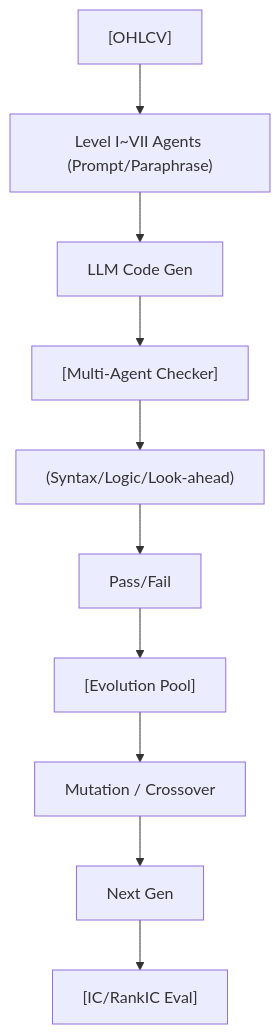
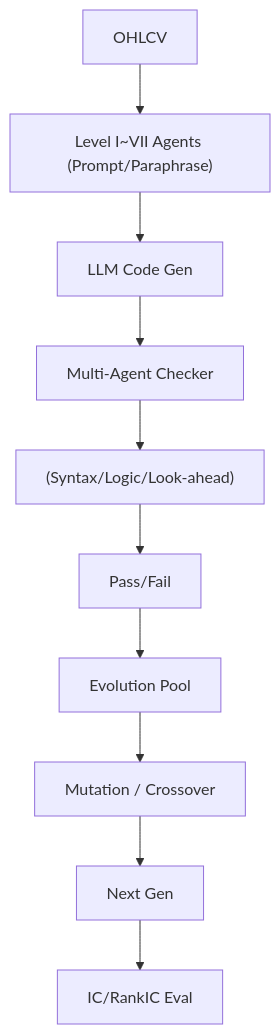
The diagram in foundations/factor-mining/cogalpha.md (sou350121/Trading-Handbook), drawn with Mermaid before and after one commit. The commit also changed 191 other files, not shown here.

First line of the commit message:
render: fix math + mermaid for GitHub across the corpus (188 pages)

````diff
--- a/foundations/factor-mining/cogalpha.md
+++ b/foundations/factor-mining/cogalpha.md
@@ -29,12 +29,12 @@
 ```mermaid
 flowchart TD
-    A["[OHLCV]"] --> B["Level I~VII Agents (Prompt/Paraphrase)"]
+    A["OHLCV"] --> B["Level I~VII Agents (Prompt/Paraphrase)"]
     B --> C["LLM Code Gen"]
-    C --> D["[Multi-Agent Checker]"]
+    C --> D["Multi-Agent Checker"]
     D --> E["(Syntax/Logic/Look-ahead)"]
     E --> F["Pass/Fail"]
-    F --> G["[Evolution Pool]"]
+    F --> G["Evolution Pool"]
     G --> H["Mutation / Crossover"]
     H --> I["Next Gen"]
-    I --> J["[IC/RankIC Eval]"]
+    I --> J["IC/RankIC Eval"]
 ```
````
